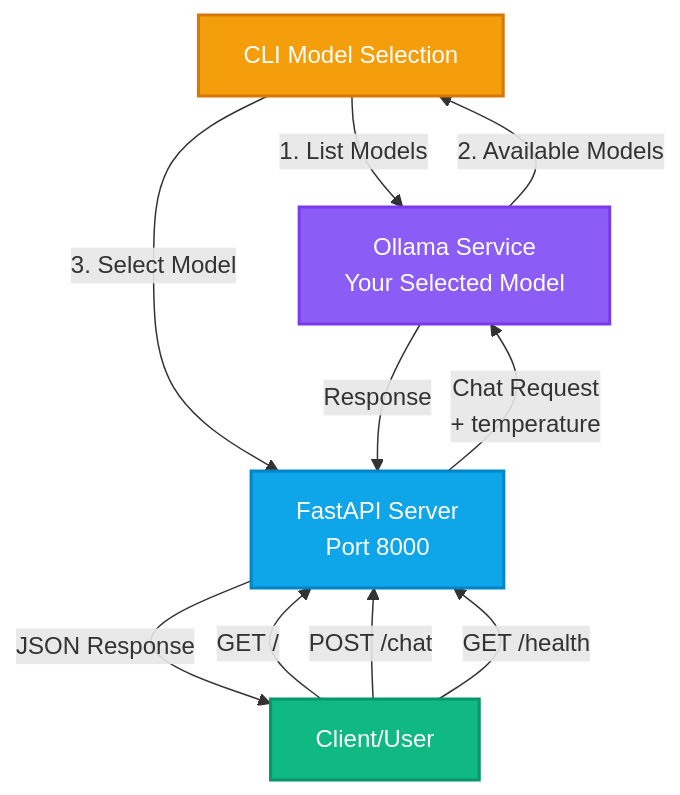
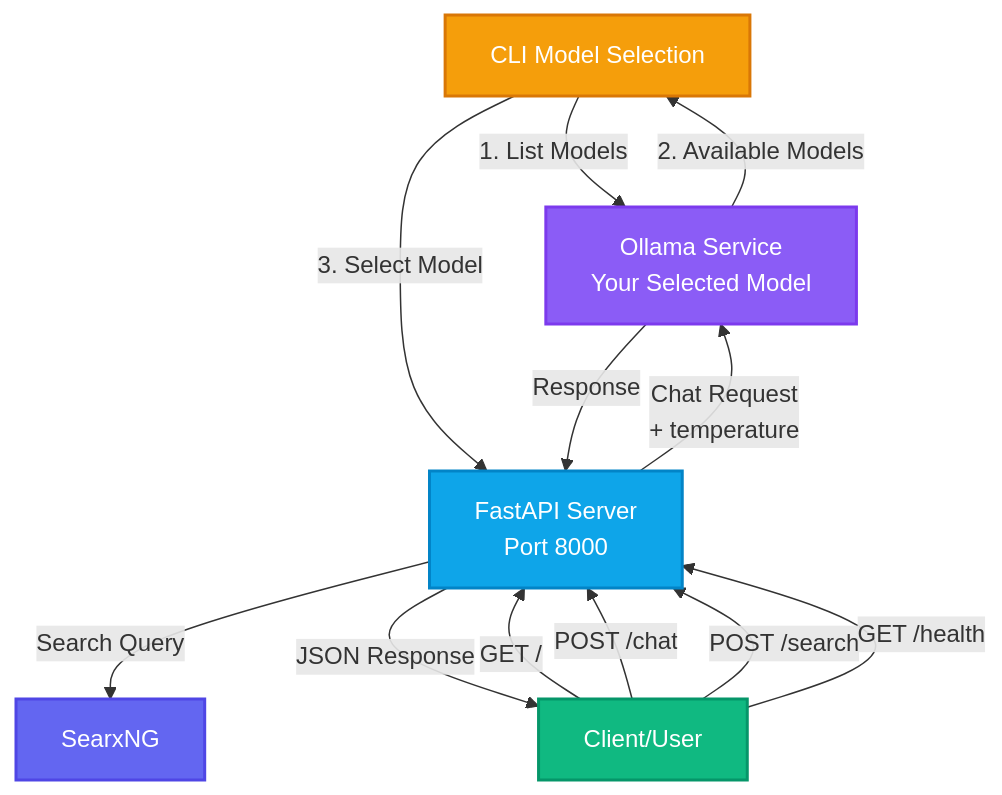
The first of 2 diagrams in README.md (fsrodriguezm/local-llm-api), drawn with Mermaid before and after one commit. The commit also changed other lines of this file and 2 other files, not shown here.

Commit message:
add searxNG

````diff
--- a/README.md
+++ b/README.md
@@ -17,25 +18,28 @@
 ```mermaid
 graph TB
     CLI[CLI Model Selection]
     Client[Client/User]
     FastAPI[FastAPI Server<br/>Port 8000]
     Ollama[Ollama Service<br/>Your Selected Model]
 
     CLI -->|1. List Models| Ollama
     Ollama -->|2. Available Models| CLI
     CLI -->|3. Select Model| FastAPI
 
     Client -->|GET /| FastAPI
     Client -->|POST /chat| FastAPI
+    Client -->|POST /search| FastAPI
     Client -->|GET /health| FastAPI
 
     FastAPI -->|Chat Request<br/>+ temperature| Ollama
+    FastAPI -->|Search Query| SearxNG[SearxNG]
 
     Ollama -->|Response| FastAPI
     FastAPI -->|JSON Response| Client
 
     style FastAPI fill:#0ea5e9,stroke:#0284c7,stroke-width:2px,color:#fff
     style Ollama fill:#8b5cf6,stroke:#7c3aed,stroke-width:2px,color:#fff
     style Client fill:#10b981,stroke:#059669,stroke-width:2px,color:#fff
     style CLI fill:#f59e0b,stroke:#d97706,stroke-width:2px,color:#fff
+    style SearxNG fill:#6366f1,stroke:#4f46e5,stroke-width:2px,color:#fff
 ```
````
